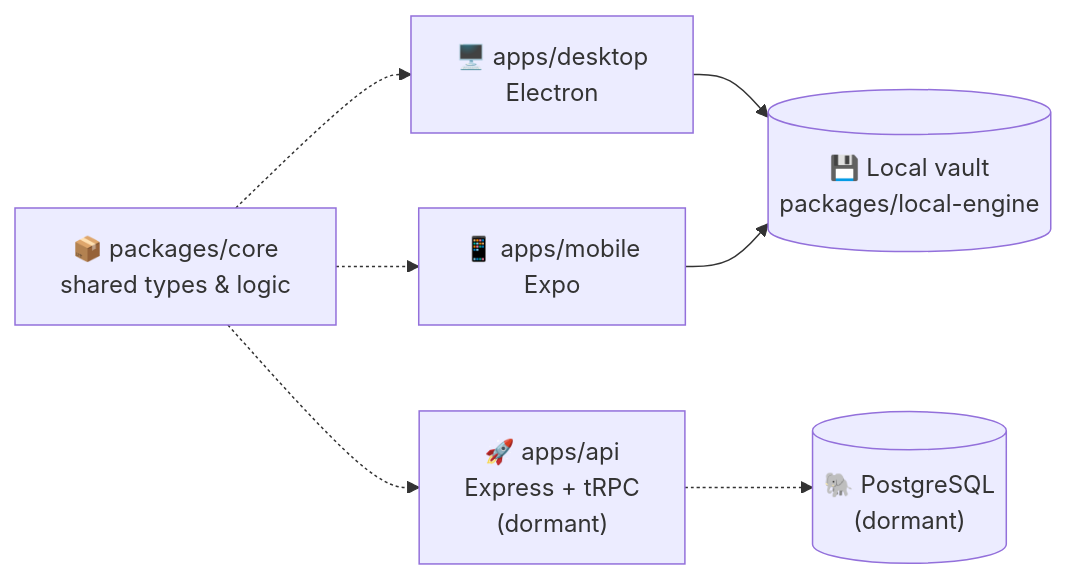
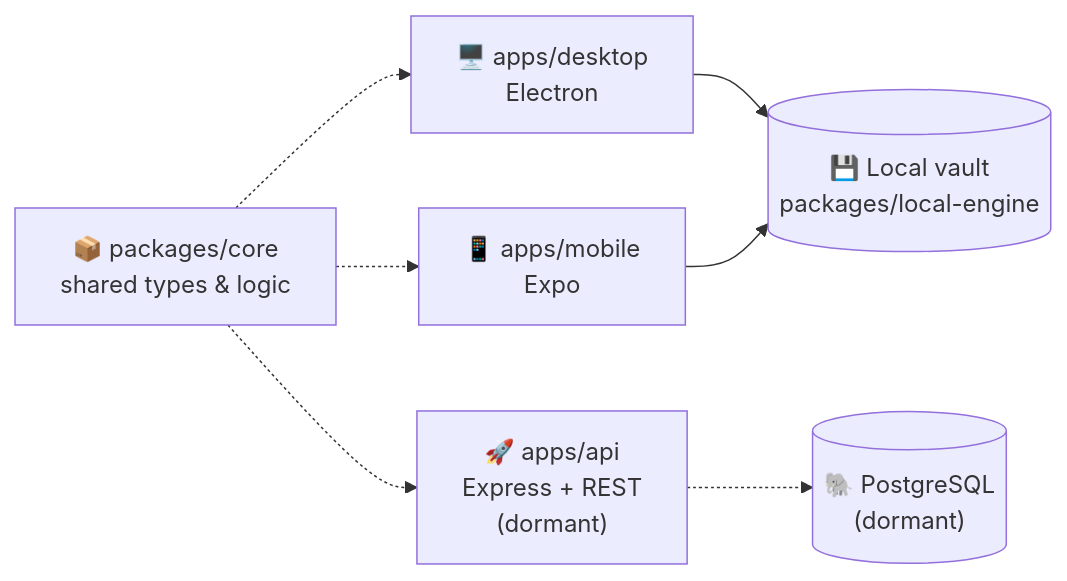
One commit to sunil3092/Simplekasten changed the first of 2 diagrams in README.md. Above: the diagram before and after it, drawn with Mermaid. The commit also changed other lines of this file and 19 other files, not shown here.

````diff
--- a/README.md
+++ b/README.md
@@ -20,17 +20,17 @@
 ```mermaid
 graph LR
     Desktop["🖥️ apps/desktop<br/>Electron"]
     Mobile["📱 apps/mobile<br/>Expo"]
     Local[("💾 Local vault<br/>packages/local-engine")]
-    API["🚀 apps/api<br/>Express + tRPC<br/>(dormant)"]
+    API["🚀 apps/api<br/>Express + REST<br/>(dormant)"]
     DB[("🐘 PostgreSQL<br/>(dormant)")]
 
     Desktop --> Local
     Mobile --> Local
     API -.-> DB
 
     Core["📦 packages/core<br/>shared types & logic"]
     Core -.-> Desktop
     Core -.-> Mobile
     Core -.-> API
 ```
````
